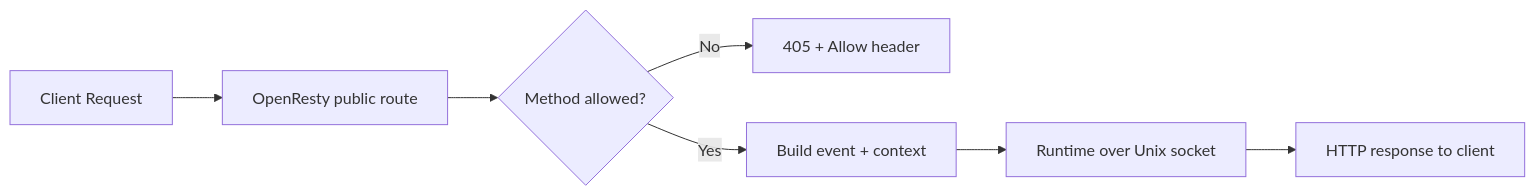
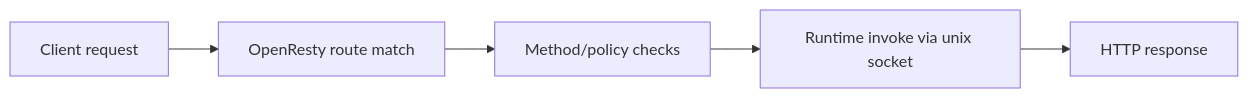
Before and after one commit to misaelzapata/fastfn: the diagram in docs/en/tutorial/first-steps.md, drawn with Mermaid. The commit also changed other lines of this file and 17 other files, not shown here.

````diff
--- a/docs/en/tutorial/first-steps.md
+++ b/docs/en/tutorial/first-steps.md
@@ -37,9 +68,7 @@
-    ```mermaid
-    flowchart LR
-      A["Client Request"] --> B["OpenResty public route"]
-      B --> C{"Method allowed?"}
-      C -- "No" --> D["405 + Allow header"]
-      C -- "Yes" --> E["Build event + context"]
-      E --> F["Runtime over Unix socket"]
-      F --> G["HTTP response to client"]
-    ```
+```mermaid
+flowchart LR
+  A["Client request"] --> B["OpenResty route match"]
+  B --> C["Method/policy checks"]
+  C --> D["Runtime invoke via unix socket"]
+  D --> E["HTTP response"]
+```
````
